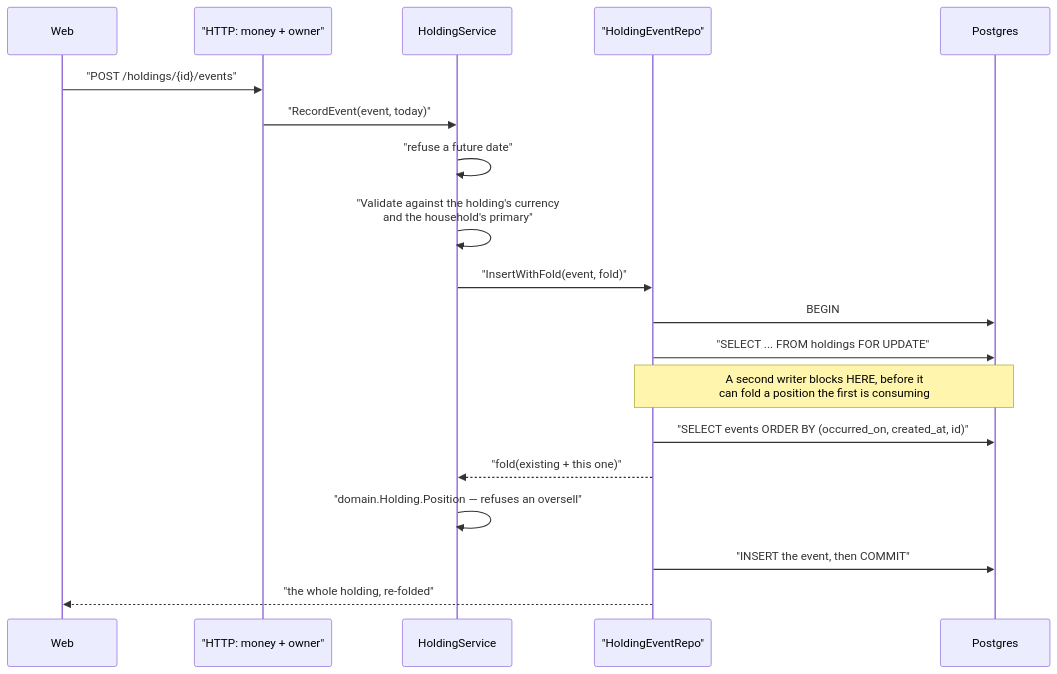
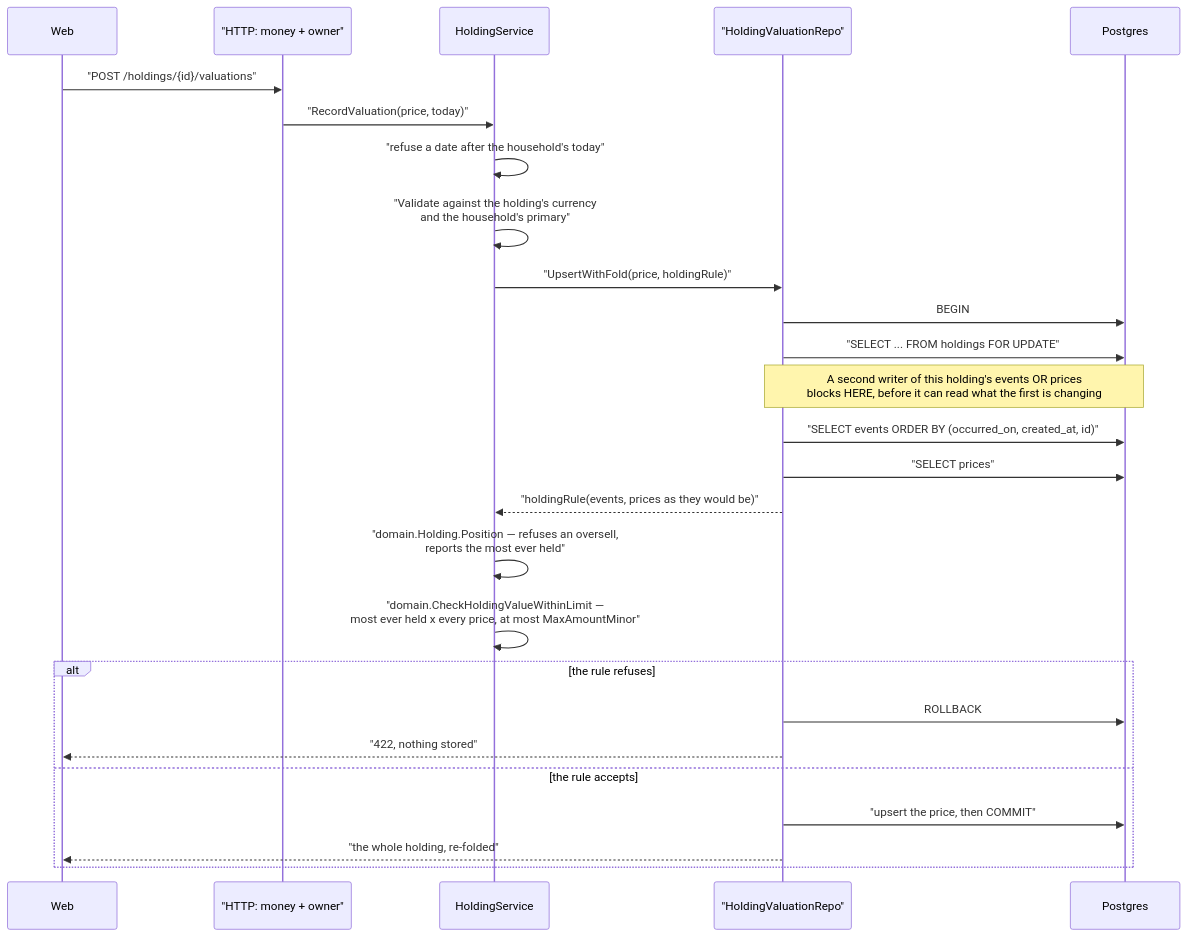
One commit to oandrz/Household changed diagram 24 of 29 in docs/SYSTEM_DESIGN.md. Above: the diagram before and after it, drawn with Mermaid. The commit also changed other lines of this file and 212 other files, not shown here.

First line of the commit message:
QA fixes: an amount limit, one calendar per household, and 13 defects from the 2026-10-01 QA run (#40)

````diff
--- a/docs/SYSTEM_DESIGN.md
+++ b/docs/SYSTEM_DESIGN.md
@@ -2879,22 +3061,29 @@
 ```mermaid
 sequenceDiagram
     participant W as Web
     participant H as "HTTP: money + owner"
     participant S as HoldingService
-    participant R as "HoldingEventRepo"
+    participant R as "HoldingValuationRepo"
     participant DB as Postgres
 
-    W->>H: "POST /holdings/{id}/events"
-    H->>S: "RecordEvent(event, today)"
-    S->>S: "refuse a future date"
+    W->>H: "POST /holdings/{id}/valuations"
+    H->>S: "RecordValuation(price, today)"
+    S->>S: "refuse a date after the household's today"
     S->>S: "Validate against the holding's currency<br/>and the household's primary"
-    S->>R: "InsertWithFold(event, fold)"
+    S->>R: "UpsertWithFold(price, holdingRule)"
     R->>DB: BEGIN
     R->>DB: "SELECT ... FROM holdings FOR UPDATE"
-    Note over R,DB: A second writer blocks HERE, before it<br/>can fold a position the first is consuming
+    Note over R,DB: A second writer of this holding's events OR prices<br/>blocks HERE, before it can read what the first is changing
     R->>DB: "SELECT events ORDER BY (occurred_on, created_at, id)"
-    R-->>S: "fold(existing + this one)"
-    S->>S: "domain.Holding.Position — refuses an oversell"
-    R->>DB: "INSERT the event, then COMMIT"
-    R-->>W: "the whole holding, re-folded"
+    R->>DB: "SELECT prices"
+    R-->>S: "holdingRule(events, prices as they would be)"
+    S->>S: "domain.Holding.Position — refuses an oversell,<br/>reports the most ever held"
+    S->>S: "domain.CheckHoldingValueWithinLimit —<br/>most ever held x every price, at most MaxAmountMinor"
+    alt the rule refuses
+        R->>DB: ROLLBACK
+        R-->>W: "422, nothing stored"
+    else the rule accepts
+        R->>DB: "upsert the price, then COMMIT"
+        R-->>W: "the whole holding, re-folded"
+    end
 ```
````
